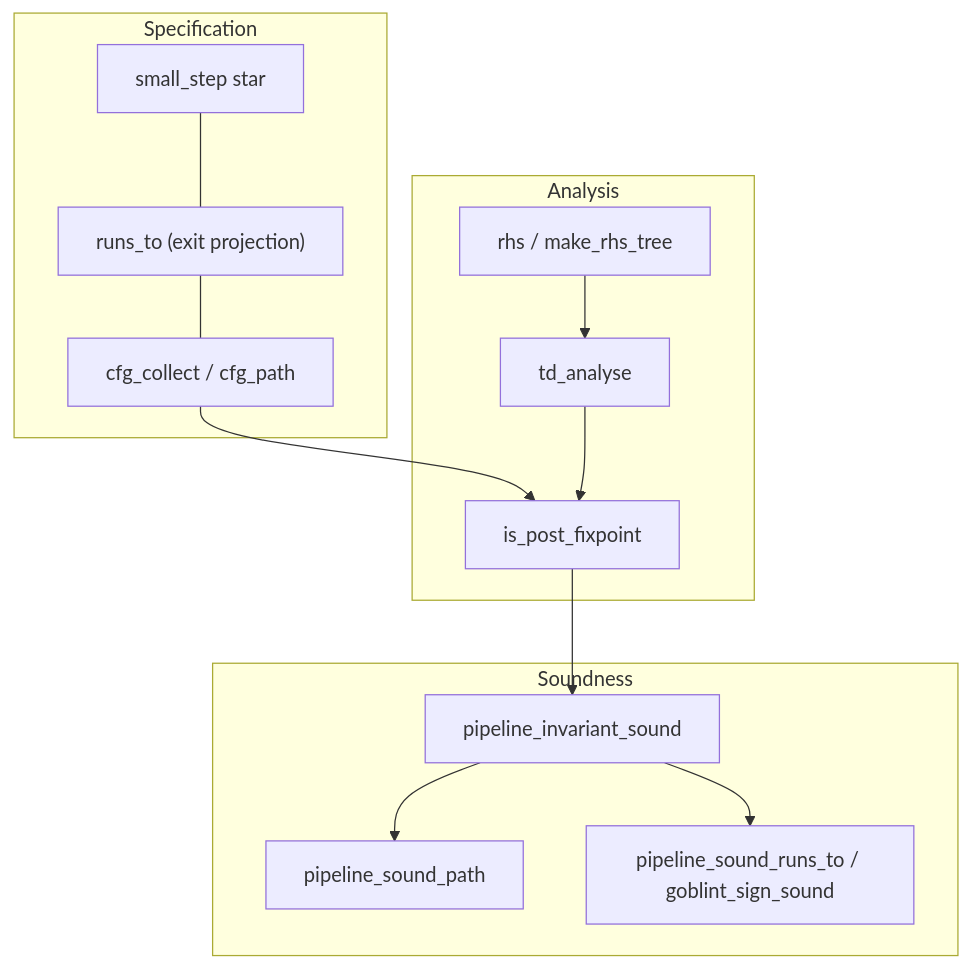
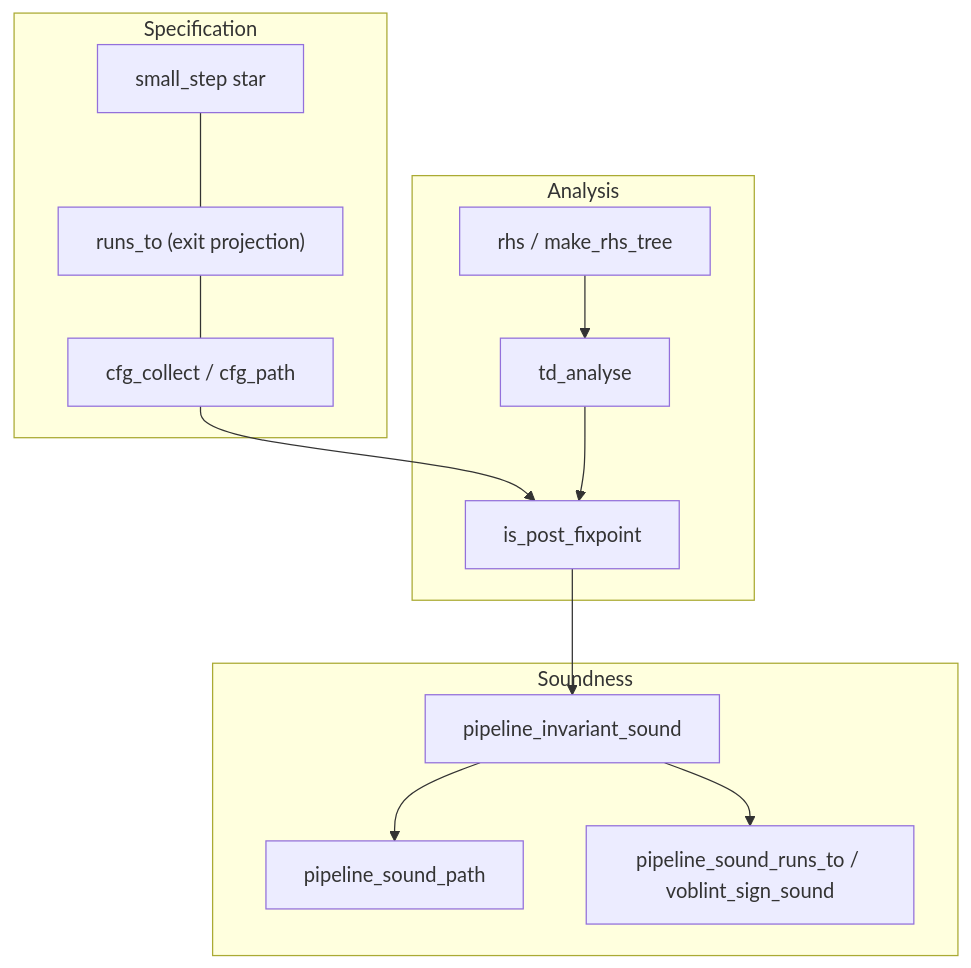
The diagram in docs/PROOF_OVERVIEW.md (ManuelLerchner/Voblint-Verification-Master-Thesis), drawn with Mermaid before and after one commit. The commit also changed other lines of this file and 64 other files, not shown here.

Commit message:
rename goblint -> voblint

````diff
--- a/docs/PROOF_OVERVIEW.md
+++ b/docs/PROOF_OVERVIEW.md
@@ -83,24 +83,24 @@
 ```mermaid
 flowchart TD
   subgraph spec ["Specification"]
     CC["cfg_collect / cfg_path"]
     RT["runs_to (exit projection)"]
     SS["small_step star"]
     RT --- CC
     SS --- RT
   end
   subgraph analysis ["Analysis"]
     RHS["rhs / make_rhs_tree"]
     TD["td_analyse"]
     PFP["is_post_fixpoint"]
   end
   subgraph sound ["Soundness"]
     INV["pipeline_invariant_sound"]
     PATH["pipeline_sound_path"]
-    EXIT["pipeline_sound_runs_to / goblint_sign_sound"]
+    EXIT["pipeline_sound_runs_to / voblint_sign_sound"]
   end
   CC --> PFP
   RHS --> TD --> PFP
   PFP --> INV --> PATH
   INV --> EXIT
 ```
````
